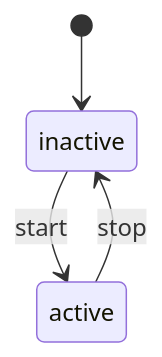
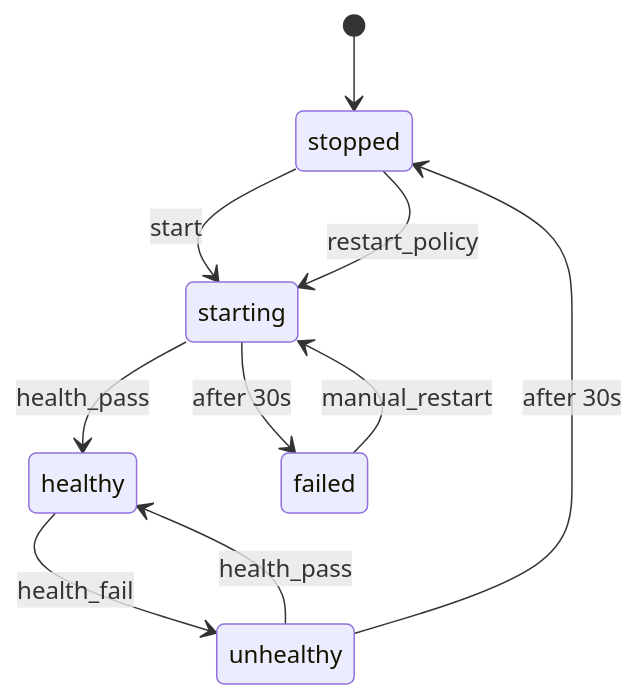
The diagram in README.md (zitongcharliedeng/xstate-ts-to-mermaid), drawn with Mermaid before and after one commit. The commit also changed other lines of this file, not shown here.

First line of the commit message:
docs: update README with real example from containerMachine

````diff
--- a/README.md
+++ b/README.md
@@ -43,7 +62,13 @@
 ```mermaid
 stateDiagram-v2
-    %% Toggle Machine
-    [*] --> inactive
-    inactive --> active: start
-    active --> inactive: stop
+    %% Container Actor
+    [*] --> stopped
+    stopped --> starting: start
+    stopped --> starting: restart_policy
+    starting --> healthy: health_pass
+    starting --> failed: after 30s
+    healthy --> unhealthy: health_fail
+    unhealthy --> healthy: health_pass
+    unhealthy --> stopped: after 30s
+    failed --> starting: manual_restart
 ```
````
